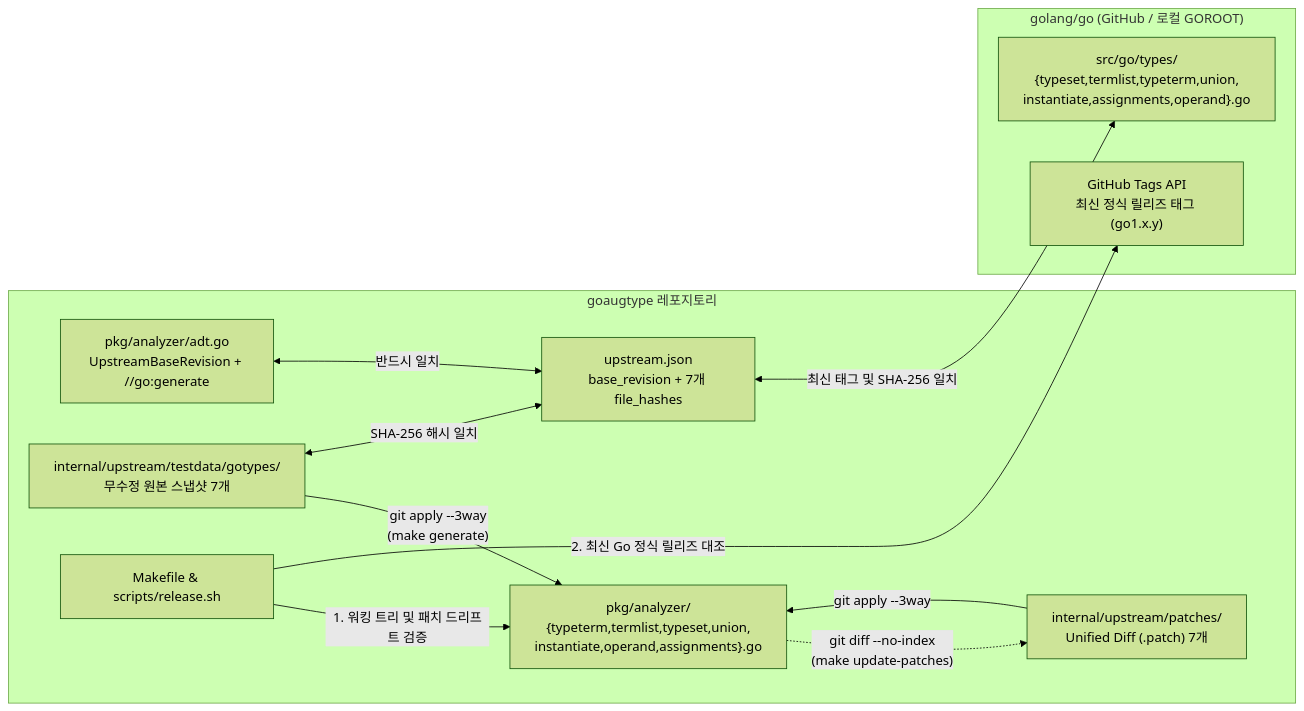
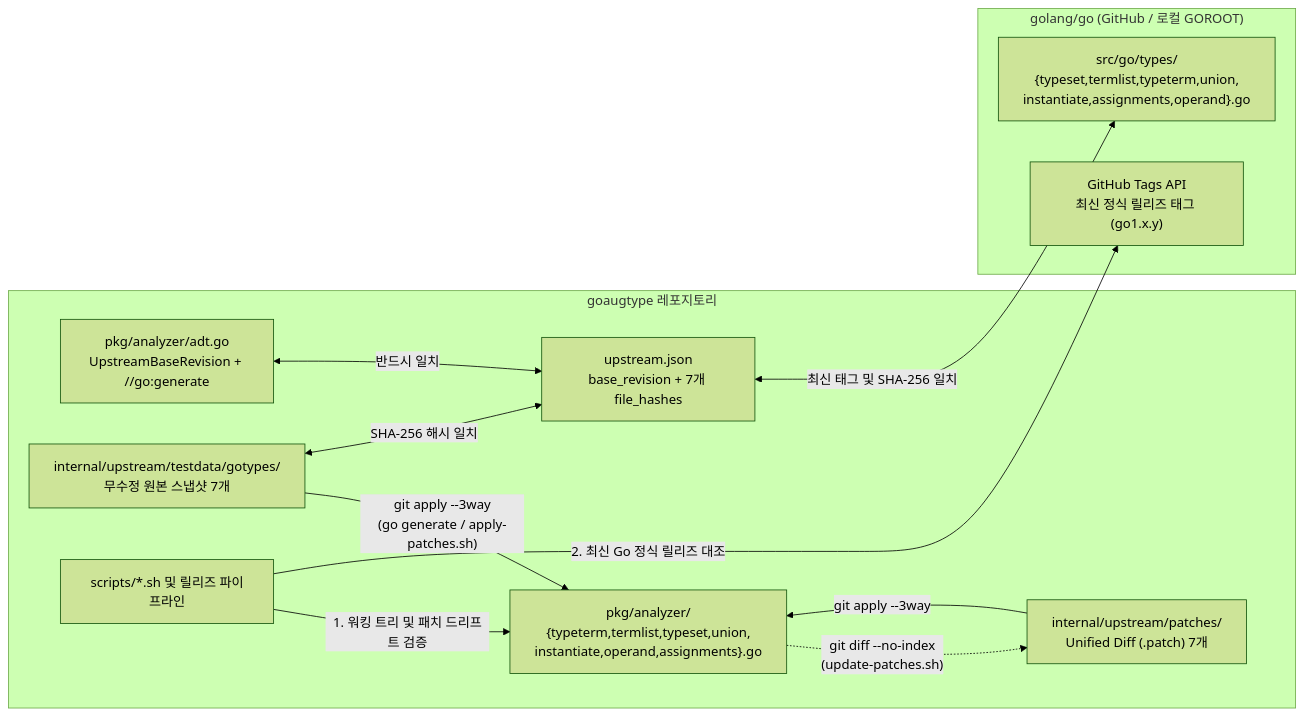
Before and after one commit to routis819/goaugtype: the seventh of 7 diagrams in docs/ARCHITECTURE.ko.md, drawn with Mermaid (forest theme). The commit also changed other lines of this file and 14 other files, not shown here.

Commit message:
docs,scripts: replace Makefile with scripts/ workflow and add bilingual README/CONTRIBUTING

````diff
--- a/docs/ARCHITECTURE.ko.md
+++ b/docs/ARCHITECTURE.ko.md
@@ -286,25 +286,25 @@
 ```mermaid
 flowchart LR
     subgraph Repo["goaugtype 레포지토리"]
         AdtConst["pkg/analyzer/adt.go<br/>UpstreamBaseRevision + //go:generate"]
         Snapshots["internal/upstream/testdata/gotypes/<br/>무수정 원본 스냅샷 7개"]
         Patches["internal/upstream/patches/<br/>Unified Diff (.patch) 7개"]
         Ported["pkg/analyzer/<br/>{typeterm,termlist,typeset,union,<br/>instantiate,operand,assignments}.go"]
         Config["upstream.json<br/>base_revision + 7개 file_hashes"]
-        ReleaseSh["Makefile & scripts/release.sh"]
+        ReleaseSh["scripts/*.sh 및 릴리즈 파이프라인"]
     end
 
     subgraph Upstream["golang/go (GitHub / 로컬 GOROOT)"]
         Tags["GitHub Tags API<br/>최신 정식 릴리즈 태그 (go1.x.y)"]
         Files["src/go/types/<br/>{typeset,termlist,typeterm,union,<br/>instantiate,assignments,operand}.go"]
     end
 
-    Snapshots -->|"git apply --3way<br/>(make generate)"| Ported
+    Snapshots -->|"git apply --3way<br/>(go generate / apply-patches.sh)"| Ported
     Patches -->|"git apply --3way"| Ported
-    Ported -. "git diff --no-index<br/>(make update-patches)" .-> Patches
+    Ported -. "git diff --no-index<br/>(update-patches.sh)" .-> Patches
     ReleaseSh -->|"1. 워킹 트리 및 패치 드리프트 검증"| Ported
     AdtConst <-->|"반드시 일치"| Config
     Snapshots <-->|"SHA-256 해시 일치"| Config
     Config <-->|"최신 태그 및 SHA-256 일치"| Files
     ReleaseSh -->|"2. 최신 Go 정식 릴리즈 대조"| Tags
 ```
````
